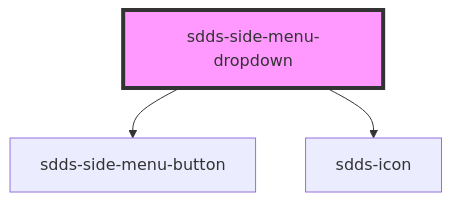
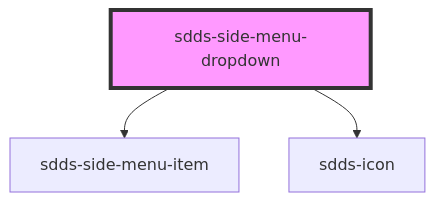
Before and after one commit to scania-digital-design-system/sdds: the diagram in tegel/src/components/side-menu/webcomponent/side-menu-dropdown/readme.md, drawn with Mermaid. The commit also changed other lines of this file and 15 other files, not shown here.

````diff
--- a/tegel/src/components/side-menu/webcomponent/side-menu-dropdown/readme.md
+++ b/tegel/src/components/side-menu/webcomponent/side-menu-dropdown/readme.md
@@ -42,6 +42,6 @@
 ```mermaid
 graph TD;
-  sdds-side-menu-dropdown --> sdds-side-menu-button
+  sdds-side-menu-dropdown --> sdds-side-menu-item
   sdds-side-menu-dropdown --> sdds-icon
   style sdds-side-menu-dropdown fill:#f9f,stroke:#333,stroke-width:4px
 ```
````
